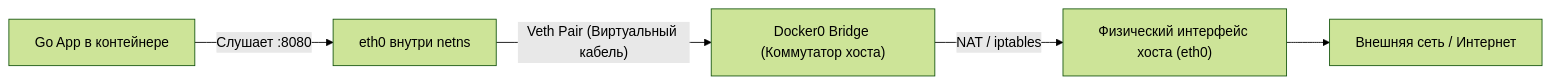
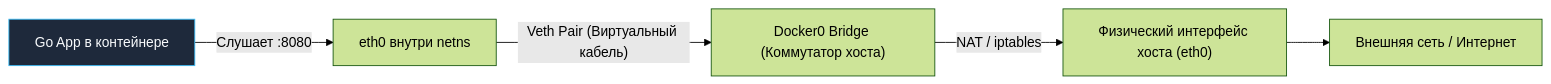
One commit to UnrealTemplier/go-textbook changed the third of 3 diagrams in sources/19. Инфраструктура. Linux, nginx, Docker, Kubernetes/01. Linux/6. Networking в Linux.md. Above: the diagram before and after it, drawn with Mermaid (forest theme). The commit also changed other lines of this file and 1666 other files, not shown here.

First line of the commit message:
feat(mermaid): add semantic color classDef to 1369 colorless flowchart/graph diagrams

````diff
--- a/sources/19. Инфраструктура. Linux, nginx, Docker, Kubernetes/01. Linux/6. Networking в Linux.md
+++ b/sources/19. Инфраструктура. Linux, nginx, Docker, Kubernetes/01. Linux/6. Networking в Linux.md
@@ -139,7 +149,17 @@
 ```mermaid
 flowchart LR
-    A["Go App в контейнере"] -->|"Слушает :8080"| B["eth0 внутри netns"]
+    classDef process  fill:#1e293b,stroke:#38bdf8,stroke-width:1px,color:#f8fafc
+    classDef success  fill:#064e3b,stroke:#34d399,stroke-width:1px,color:#f8fafc
+    classDef error    fill:#7f1d1d,stroke:#f87171,stroke-width:1px,color:#f8fafc
+    classDef warning  fill:#78350f,stroke:#fbbf24,stroke-width:1px,color:#f8fafc
+    classDef entry    fill:#1e3a5f,stroke:#38bdf8,stroke-width:2px,color:#f8fafc
+    classDef aux      fill:#334155,stroke:#64748b,stroke-width:1px,color:#f8fafc
+    classDef system   fill:#312e81,stroke:#a78bfa,stroke-width:1px,color:#f8fafc
+    classDef data     fill:#132d29,stroke:#2dd4bf,stroke-width:1px,color:#f8fafc
+    classDef network  fill:#881337,stroke:#fb7185,stroke-width:1px,color:#f8fafc
+    classDef accent   fill:#1e1b4b,stroke:#818cf8,stroke-width:1px,color:#f8fafc
+    A["Go App в контейнере"]:::process -->|"Слушает :8080"| B["eth0 внутри netns"]
     B -->|"Veth Pair (Виртуальный кабель)"| C["Docker0 Bridge (Коммутатор хоста)"]
     C -->|"NAT / iptables"| D["Физический интерфейс хоста (eth0)"]
     D --> E["Внешняя сеть / Интернет"]
 ```
````
